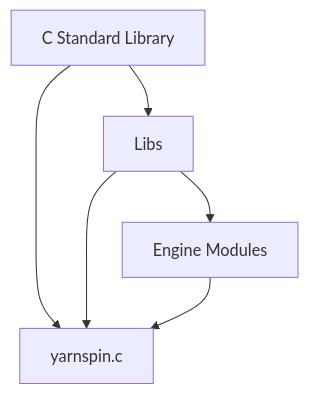
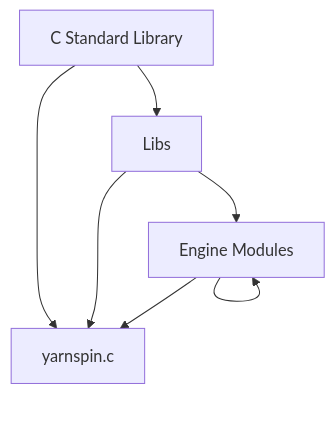
Before and after one commit to aganm/yarnspin: the diagram in docs/programmer.md, drawn with Mermaid.

````diff
--- a/docs/programmer.md
+++ b/docs/programmer.md
@@ -147,8 +147,9 @@
 ```mermaid
  graph TD;
     B[C Standard Library] --> C[Libs];
     C[Libs] --> D[Engine Modules];
     B[C Standard Library] --> E[yarnspin.c];
     C[Libs] --> E[yarnspin.c];
+    D[Engine Modules] --> D[Engine Modules];
     D[Engine Modules] --> E[yarnspin.c];
 ```
````
